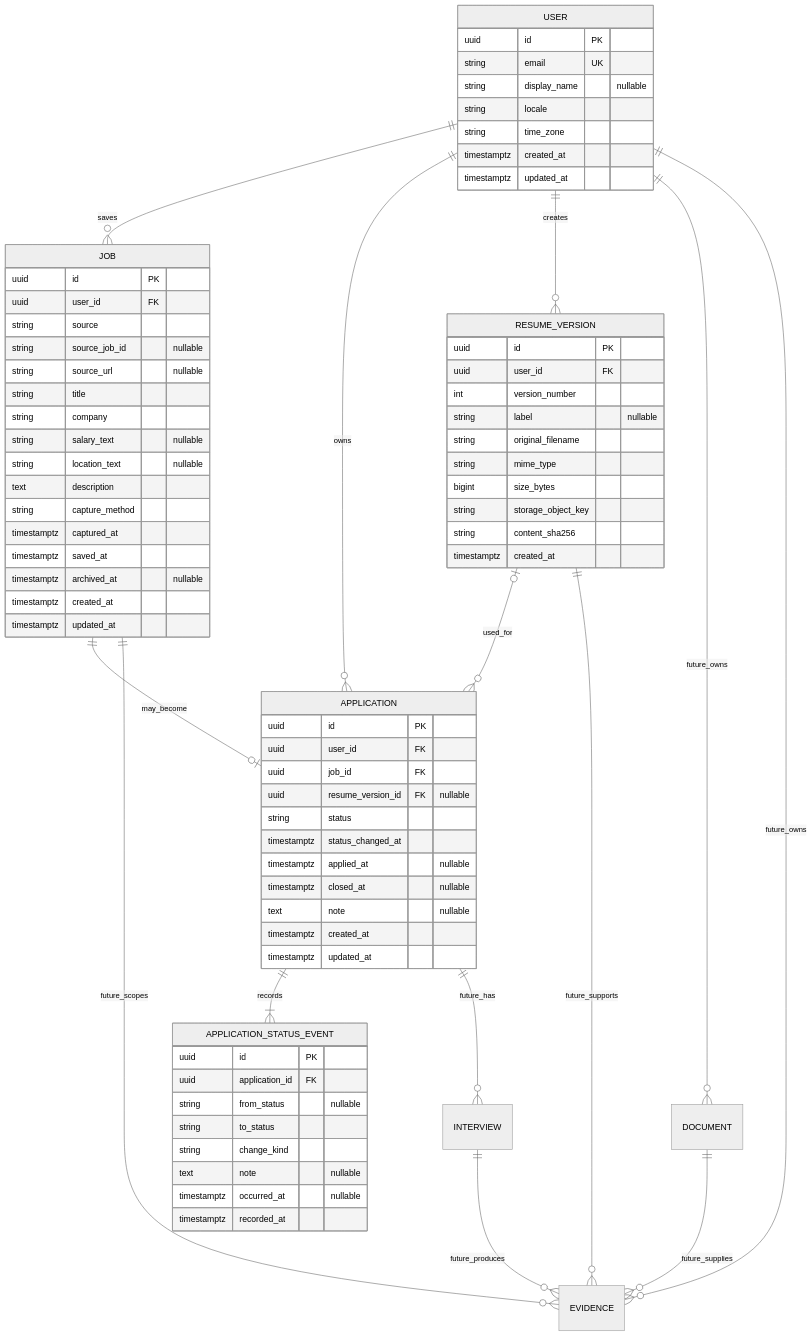
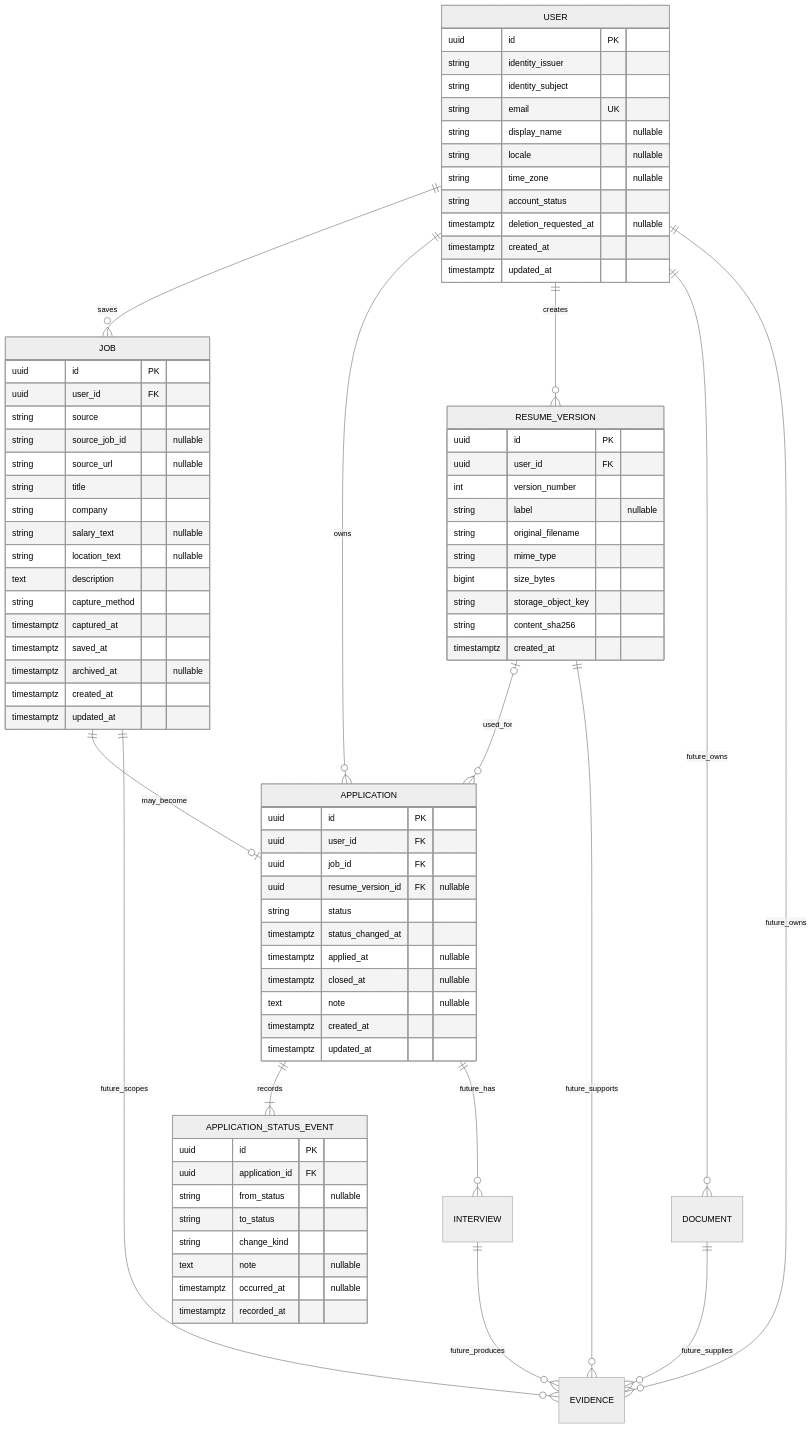
The first of 2 diagrams in docs/DATA_MODEL.md (xiaoxin12138888-svg/JobPilot), drawn with Mermaid (neutral theme) before and after one commit. The commit also changed other lines of this file and 10 other files, not shown here.

Commit message:
docs(auth): define phase 2 authentication architecture

```diff
--- a/docs/DATA_MODEL.md
+++ b/docs/DATA_MODEL.md
@@ -37,10 +39,14 @@
 
     USER {
         uuid id PK
+        string identity_issuer
+        string identity_subject
         string email UK
         string display_name "nullable"
-        string locale
-        string time_zone
+        string locale "nullable"
+        string time_zone "nullable"
+        string account_status
+        timestamptz deletion_requested_at "nullable"
         timestamptz created_at
         timestamptz updated_at
     }
```
